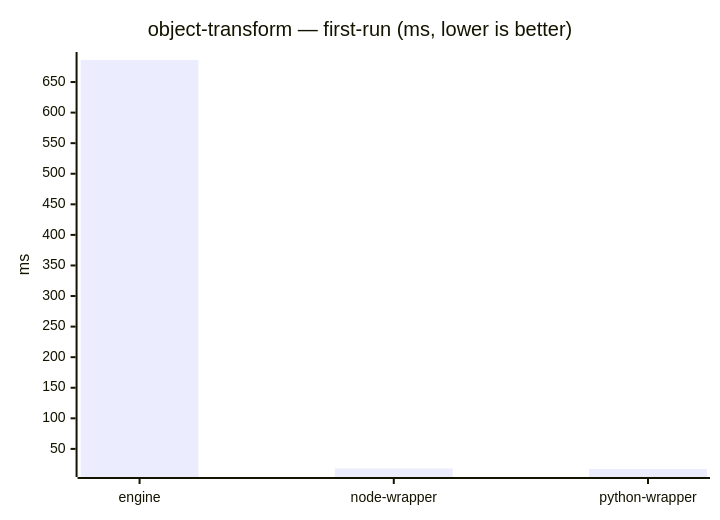
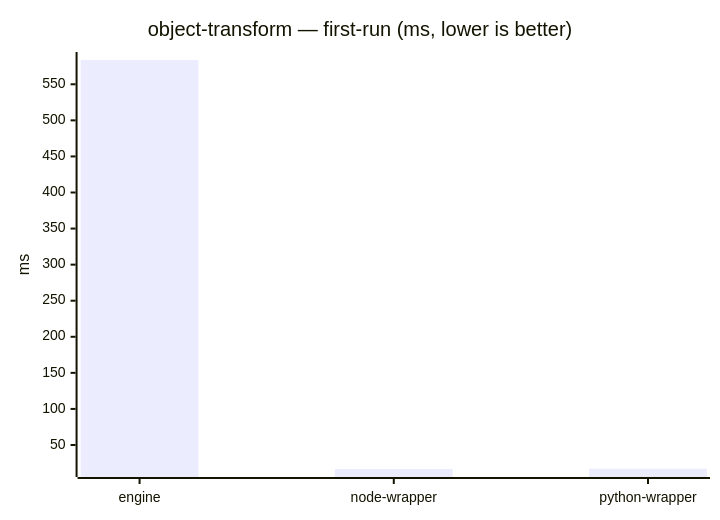
The fourth of 23 diagrams in benchmarks/report/RESULTS.md (mulesoft/data-weave-cli), drawn with Mermaid before and after one commit. The commit also changed other lines of this file, not shown here.

````diff
--- a/benchmarks/report/RESULTS.md
+++ b/benchmarks/report/RESULTS.md
@@ -72,7 +72,7 @@
 ```mermaid
 xychart-beta
     title "object-transform — first-run (ms, lower is better)"
     x-axis ["engine", "node-wrapper", "python-wrapper"]
     y-axis "ms"
-    bar [686.033, 17.953, 17.114]
+    bar [583.654, 16.731, 17.012]
 ```
````
